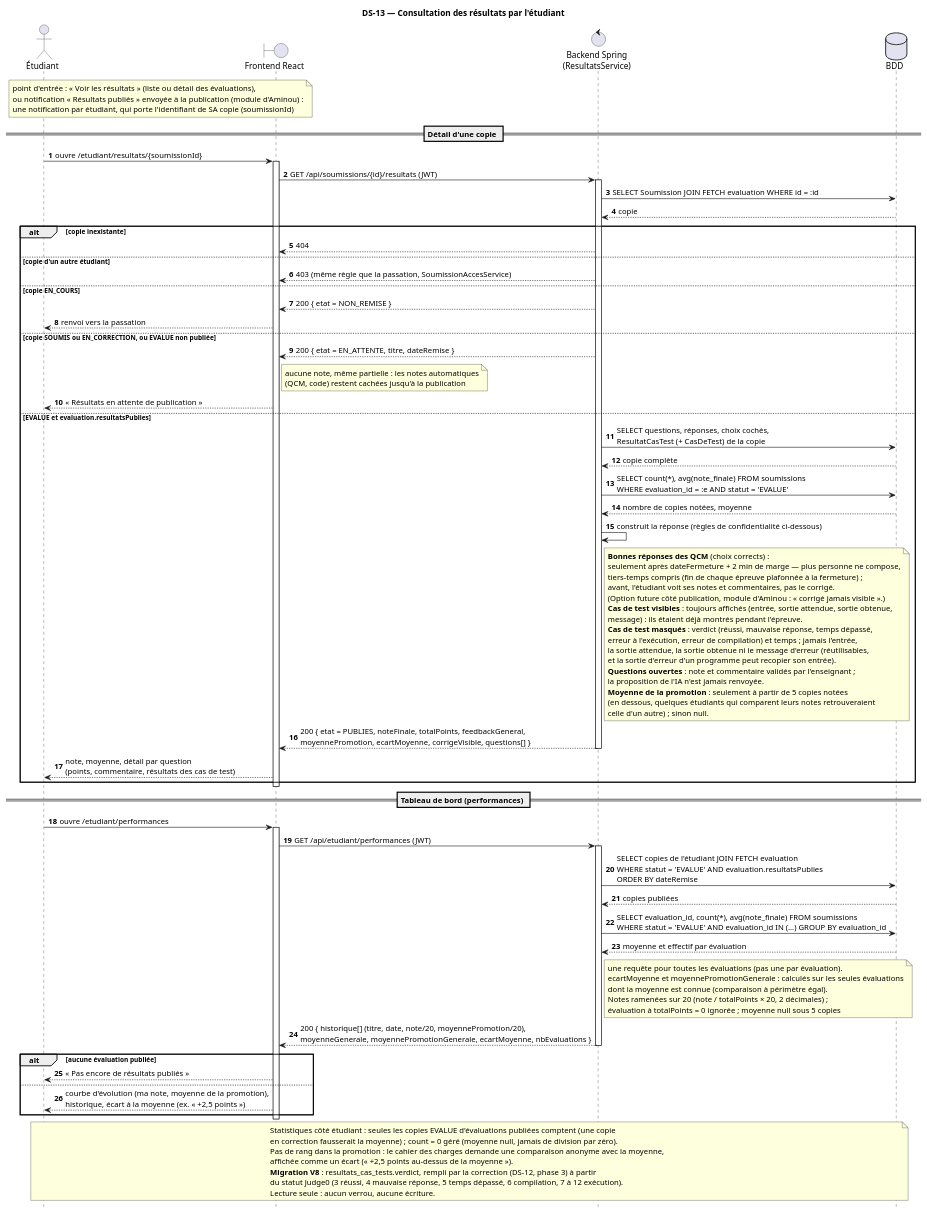
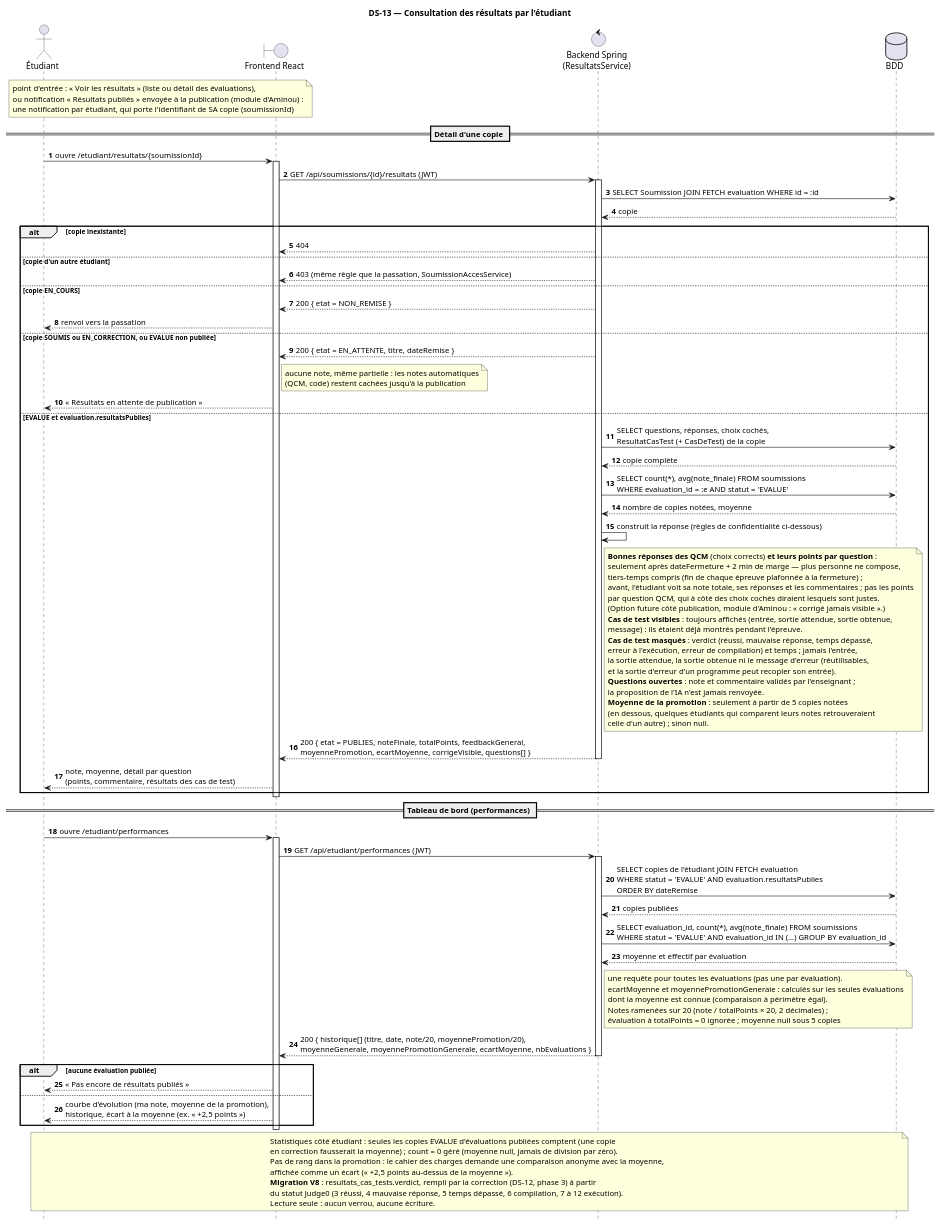
One commit to MorLeye75/eval-platform changed the diagram in docs/diagrammes-sequence/DS-13-consultation-resultats.puml. Above: the diagram before and after it, drawn with PlantUML. The commit also changed 4 other files, not shown here.

First line of the commit message:
fix(resultats): points des QCM masques avant le corrige

```diff
--- a/docs/diagrammes-sequence/DS-13-consultation-resultats.puml
+++ b/docs/diagrammes-sequence/DS-13-consultation-resultats.puml
@@ -1,84 +1,85 @@
 @startuml DS-13_consultation_resultats
 title DS-13 — Consultation des résultats par l'étudiant
 hide footbox
 autonumber
 actor "Étudiant" as E
 boundary "Frontend React" as F
 control "Backend Spring\n(ResultatsService)" as B
 database "BDD" as D
 
 note over E, F : point d'entrée : « Voir les résultats » (liste ou détail des évaluations),\nou notification « Résultats publiés » envoyée à la publication (module d'Aminou) :\nune notification par étudiant, qui porte l'identifiant de SA copie (soumissionId)
 
 == Détail d'une copie ==
 E -> F : ouvre /etudiant/resultats/{soumissionId}
 activate F
 F -> B ++ : GET /api/soumissions/{id}/resultats (JWT)
 B -> D : SELECT Soumission JOIN FETCH evaluation WHERE id = :id
 D --> B : copie
 alt copie inexistante
   B --> F : 404
 else copie d'un autre étudiant
   B --> F : 403 (même règle que la passation, SoumissionAccesService)
 else copie EN_COURS
   B --> F : 200 { etat = NON_REMISE }
   F --> E : renvoi vers la passation
 else copie SOUMIS ou EN_CORRECTION, ou EVALUE non publiée
   B --> F : 200 { etat = EN_ATTENTE, titre, dateRemise }
   note right of F : aucune note, même partielle : les notes automatiques\n(QCM, code) restent cachées jusqu'à la publication
   F --> E : « Résultats en attente de publication »
 else EVALUE et evaluation.resultatsPublies
   B -> D : SELECT questions, réponses, choix cochés,\nResultatCasTest (+ CasDeTest) de la copie
   D --> B : copie complète
   B -> D : SELECT count(*), avg(note_finale) FROM soumissions\nWHERE evaluation_id = :e AND statut = 'EVALUE'
   D --> B : nombre de copies notées, moyenne
   B -> B : construit la réponse (règles de confidentialité ci-dessous)
   note right of B
-    **Bonnes réponses des QCM** (choix corrects) :
+    **Bonnes réponses des QCM** (choix corrects) **et leurs points par question** :
     seulement après dateFermeture + 2 min de marge — plus personne ne compose,
     tiers-temps compris (fin de chaque épreuve plafonnée à la fermeture) ;
-    avant, l'étudiant voit ses notes et commentaires, pas le corrigé.
+    avant, l'étudiant voit sa note totale, ses réponses et les commentaires ; pas les points
+    par question QCM, qui à côté des choix cochés diraient lesquels sont justes.
     (Option future côté publication, module d'Aminou : « corrigé jamais visible ».)
     **Cas de test visibles** : toujours affichés (entrée, sortie attendue, sortie obtenue,
     message) : ils étaient déjà montrés pendant l'épreuve.
     **Cas de test masqués** : verdict (réussi, mauvaise réponse, temps dépassé,
     erreur à l'exécution, erreur de compilation) et temps ; jamais l'entrée,
     la sortie attendue, la sortie obtenue ni le message d'erreur (réutilisables,
     et la sortie d'erreur d'un programme peut recopier son entrée).
     **Questions ouvertes** : note et commentaire validés par l'enseignant ;
     la proposition de l'IA n'est jamais renvoyée.
     **Moyenne de la promotion** : seulement à partir de 5 copies notées
     (en dessous, quelques étudiants qui comparent leurs notes retrouveraient
     celle d'un autre) ; sinon null.
   end note
   B --> F -- : 200 { etat = PUBLIES, noteFinale, totalPoints, feedbackGeneral,\nmoyennePromotion, ecartMoyenne, corrigeVisible, questions[] }
   F --> E : note, moyenne, détail par question\n(points, commentaire, résultats des cas de test)
 end
 deactivate F
 
 == Tableau de bord (performances) ==
 E -> F : ouvre /etudiant/performances
 activate F
 F -> B ++ : GET /api/etudiant/performances (JWT)
 B -> D : SELECT copies de l'étudiant JOIN FETCH evaluation\nWHERE statut = 'EVALUE' AND evaluation.resultatsPublies\nORDER BY dateRemise
 D --> B : copies publiées
 B -> D : SELECT evaluation_id, count(*), avg(note_finale) FROM soumissions\nWHERE statut = 'EVALUE' AND evaluation_id IN (…) GROUP BY evaluation_id
 D --> B : moyenne et effectif par évaluation
 note right of B : une requête pour toutes les évaluations (pas une par évaluation).\necartMoyenne et moyennePromotionGenerale : calculés sur les seules évaluations\ndont la moyenne est connue (comparaison à périmètre égal).\nNotes ramenées sur 20 (note / totalPoints × 20, 2 décimales) ;\névaluation à totalPoints = 0 ignorée ; moyenne null sous 5 copies
 B --> F -- : 200 { historique[] (titre, date, note/20, moyennePromotion/20),\nmoyenneGenerale, moyennePromotionGenerale, ecartMoyenne, nbEvaluations }
 alt aucune évaluation publiée
   F --> E : « Pas encore de résultats publiés »
 else
   F --> E : courbe d'évolution (ma note, moyenne de la promotion),\nhistorique, écart à la moyenne (ex. « +2,5 points »)
 end
 deactivate F
 
 note over E, D
   Statistiques côté étudiant : seules les copies EVALUE d'évaluations publiées comptent (une copie
   en correction fausserait la moyenne) ; count = 0 géré (moyenne null, jamais de division par zéro).
   Pas de rang dans la promotion : le cahier des charges demande une comparaison anonyme avec la moyenne,
   affichée comme un écart (« +2,5 points au-dessus de la moyenne »).
   **Migration V8** : resultats_cas_tests.verdict, rempli par la correction (DS-12, phase 3) à partir
   du statut Judge0 (3 réussi, 4 mauvaise réponse, 5 temps dépassé, 6 compilation, 7 à 12 exécution).
   Lecture seule : aucun verrou, aucune écriture.
 end note
 @enduml
```
